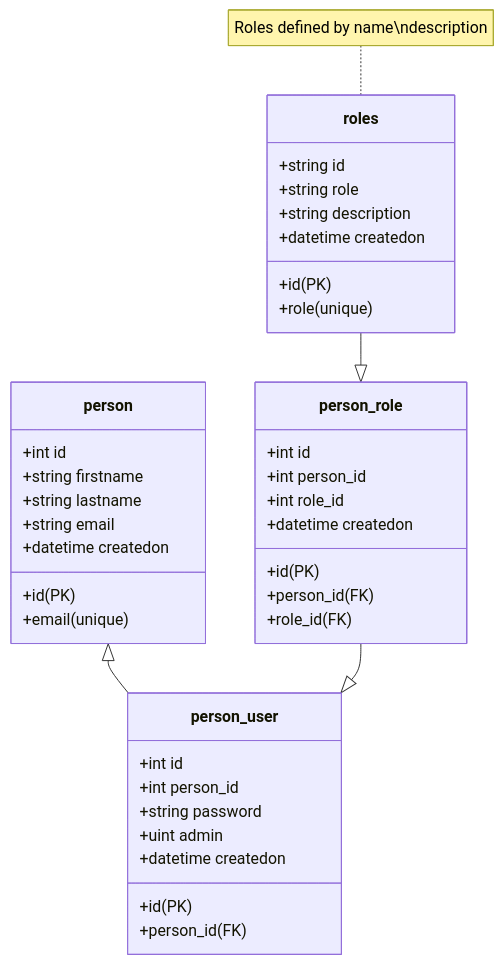
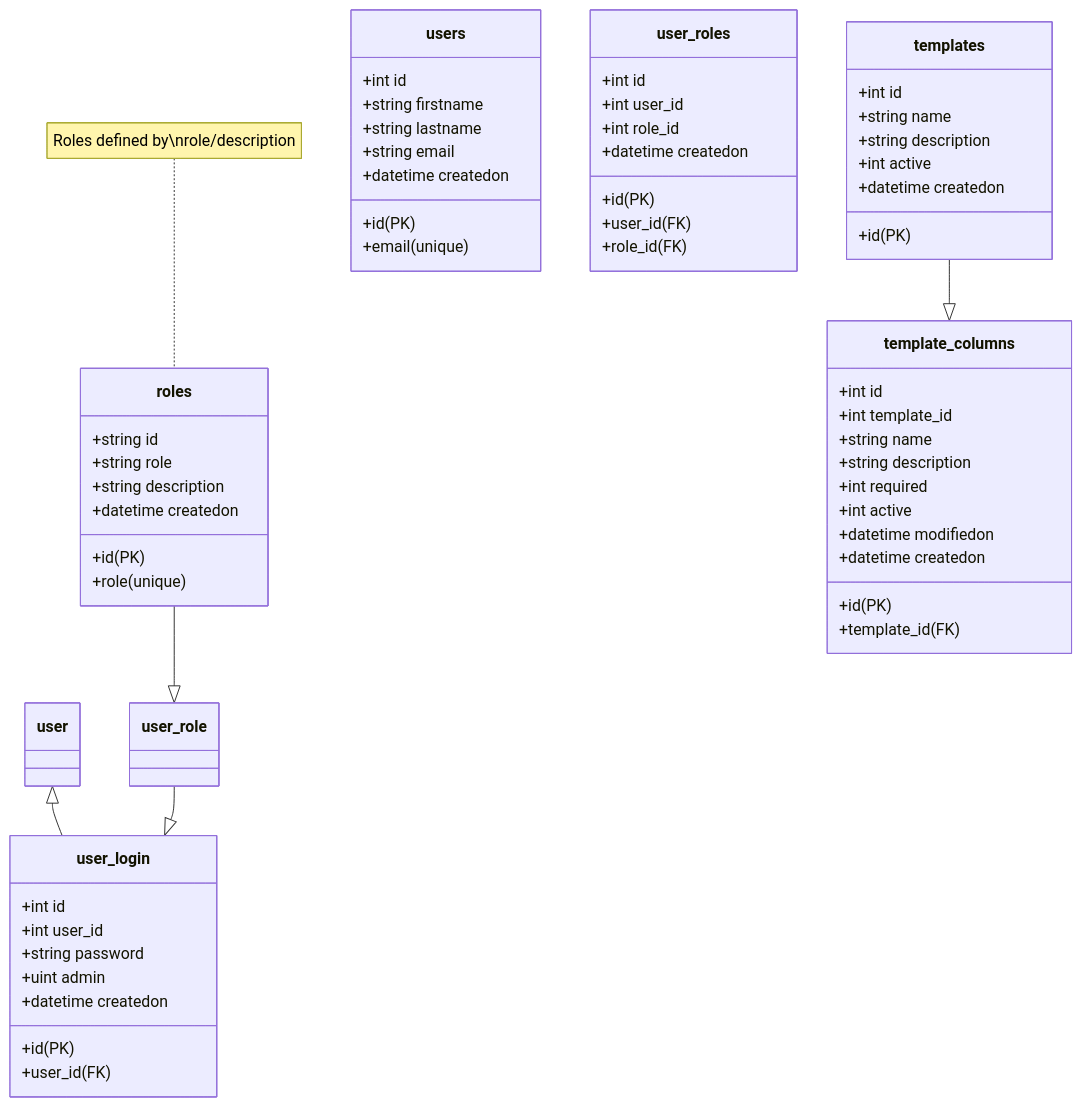
One commit to Silberman-Law/mkdocs-aap changed the diagram in docs/database.md. Above: the diagram before and after it, drawn with Mermaid. The commit also changed 3 other files, not shown here.

````diff
--- a/docs/database.md
+++ b/docs/database.md
@@ -6,42 +6,63 @@
 ```mermaid
 classDiagram
-    person <|-- person_user
-    person_role --|> person_user
-    roles --|> person_role
-    note for roles "Roles defined by name\ndescription"
-    class person {
+    user <|-- user_login
+    user_role --|> user_login
+    roles --|> user_role
+    note for roles "Roles defined by\nrole/description"
+    templates --|> template_columns
+    class users {
         +int id
         +string firstname
         +string lastname
         +string email
         +datetime createdon
         +id(PK)
         +email(unique)
     }
-    class person_role {
+    class user_roles {
         +int id
-        +int person_id
+        +int user_id
         +int role_id
         +datetime createdon
         +id(PK)
-        +person_id(FK)
+        +user_id(FK)
         +role_id(FK)
     }
-    class person_user {
+    class user_login {
         +int id
-        +int person_id
+        +int user_id
         +string password
         +uint admin
         +datetime createdon
         +id(PK)
-        +person_id(FK)
+        +user_id(FK)
     }
     class roles {
         +string id
         +string role
         +string description
         +datetime createdon
         +id(PK)
         +role(unique)
     }
+    class templates {
+        +int id
+        +string name
+        +string description
+        +int active
+        +datetime createdon
+        +id(PK)
+    }
+    class template_columns {
+        +int id
+        +int template_id
+        +string name
+        +string description
+        +int required
+        +int active
+        +datetime modifiedon
+        +datetime createdon
+        +id(PK)
+        +template_id(FK)
+    }
 ```
````
